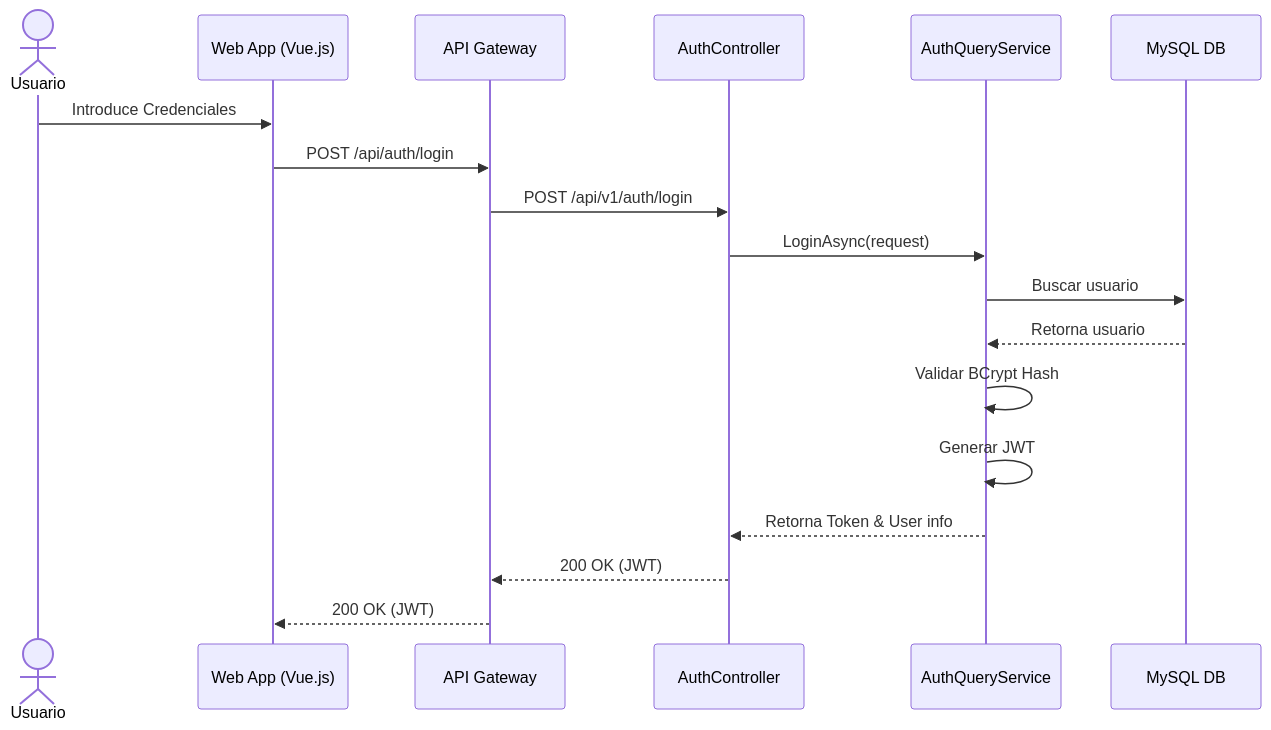
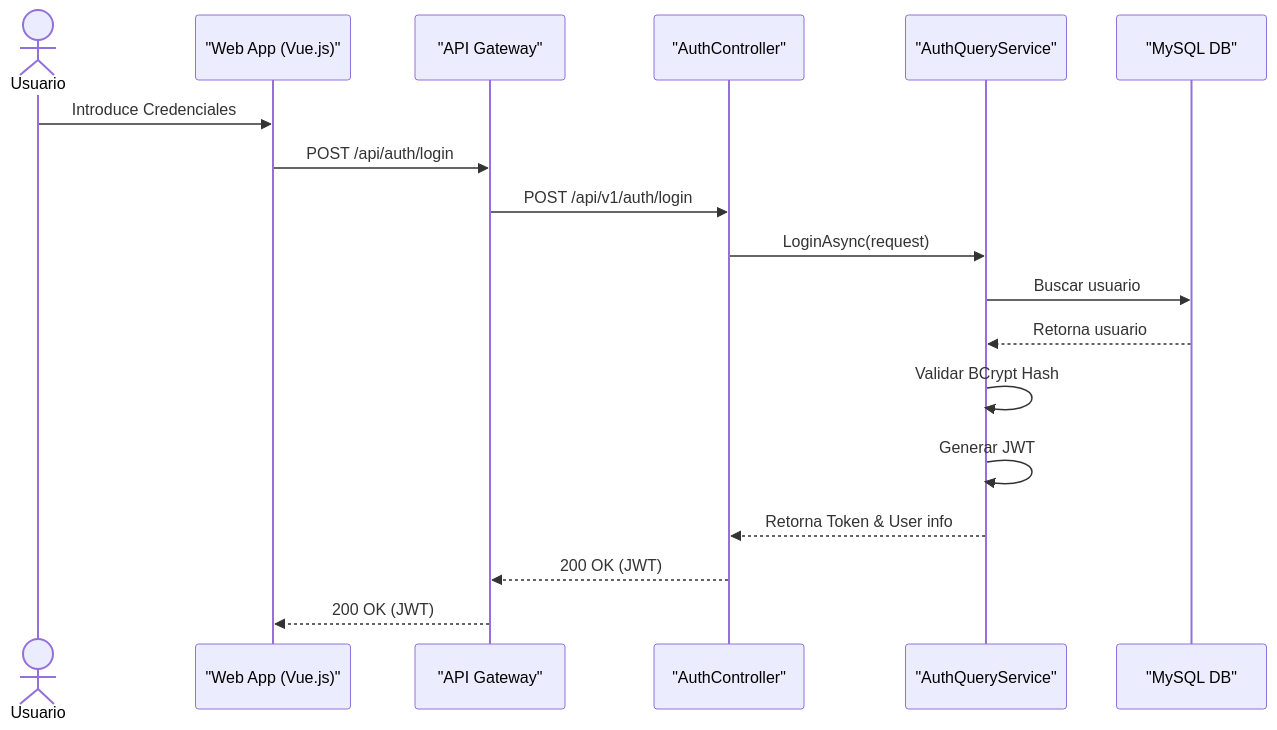
The tenth of 15 diagrams in docs/architecture/Diagramas.md (1ASI0657-2610-7940-Vintara/Vintara-backend), drawn with Mermaid before and after one commit. The commit also changed other lines of this file, not shown here.

Commit message:
docs: fix mermaid syntax errors by quoting labels

````diff
--- a/docs/architecture/Diagramas.md
+++ b/docs/architecture/Diagramas.md
@@ -311,21 +311,21 @@
 ```mermaid
 sequenceDiagram
     actor Usuario
-    participant SPA as Web App (Vue.js)
-    participant GW as API Gateway
-    participant Ctrl as AuthController
-    participant Svc as AuthQueryService
-    participant DB as MySQL DB
+    participant SPA as "Web App (Vue.js)"
+    participant GW as "API Gateway"
+    participant Ctrl as "AuthController"
+    participant Svc as "AuthQueryService"
+    participant DB as "MySQL DB"
 
     Usuario->>SPA: Introduce Credenciales
     SPA->>GW: POST /api/auth/login
     GW->>Ctrl: POST /api/v1/auth/login
     Ctrl->>Svc: LoginAsync(request)
     Svc->>DB: Buscar usuario
     DB-->>Svc: Retorna usuario
     Svc->>Svc: Validar BCrypt Hash
     Svc->>Svc: Generar JWT
     Svc-->>Ctrl: Retorna Token & User info
     Ctrl-->>GW: 200 OK (JWT)
     GW-->>SPA: 200 OK (JWT)
 ```
````
